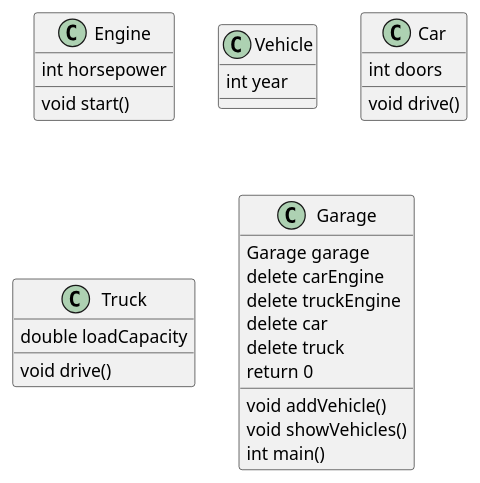
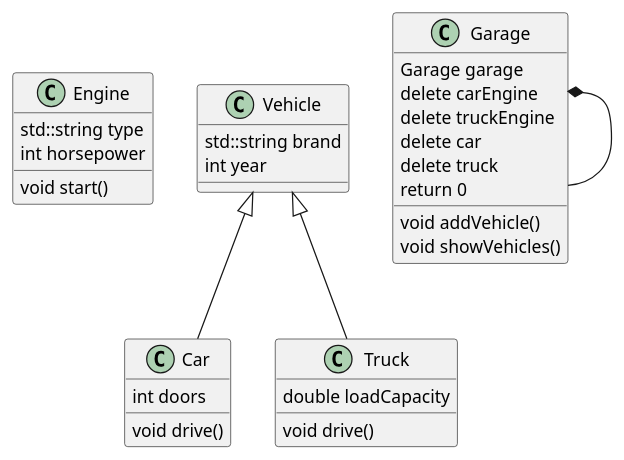
Before and after one commit to vismaikumars/fancyshit: the diagram in src/web/uploads/example_-_Copy.puml, drawn with PlantUML. The commit also changed 4 other files, not shown here.

Commit message:
Add flowlines to png

```diff
--- a/src/web/uploads/example_-_Copy.puml
+++ b/src/web/uploads/example_-_Copy.puml
@@ -1,33 +1,37 @@
 @startuml
 class Engine {
+  std::string type
   int horsepower
   void start()
 }
 
 class Vehicle {
+  std::string brand
   int year
 }
 
 class Car {
   int doors
   void drive()
 }
 
 class Truck {
   double loadCapacity
   void drive()
 }
 
 class Garage {
   Garage garage
   delete carEngine
   delete truckEngine
   delete car
   delete truck
   return 0
   void addVehicle()
   void showVehicles()
-  int main()
 }
 
+Vehicle <|-- Car
+Vehicle <|-- Truck
+Garage *-- Garage
 @enduml
```
